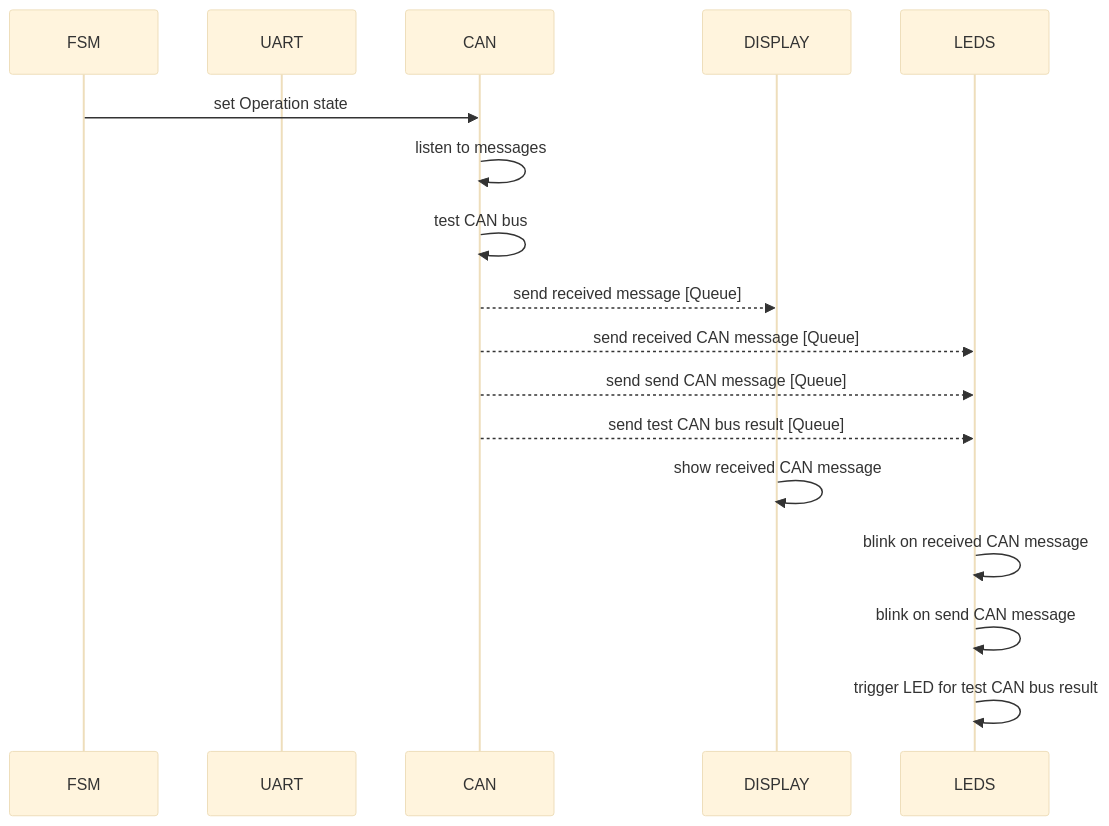
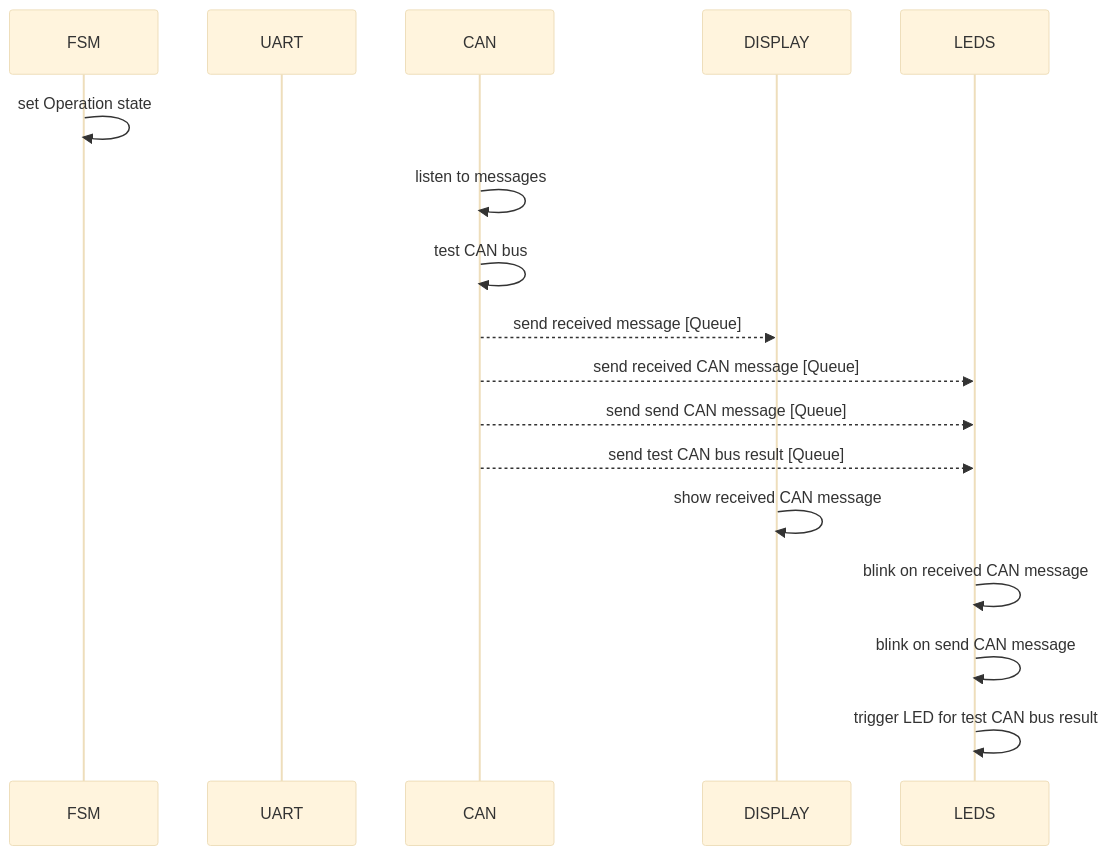
Before and after one commit to michaelgr22/can-to-go-system: the fourth of 4 diagrams in Software/esp32/can-to-go-system/README.md, drawn with Mermaid (base theme). The commit also changed other lines of this file, not shown here.

````diff
--- a/Software/esp32/can-to-go-system/README.md
+++ b/Software/esp32/can-to-go-system/README.md
@@ -48,20 +49,20 @@
 ```mermaid
 sequenceDiagram
     participant FSM
     participant UART
     participant CAN
     participant DISPLAY
     participant LEDS
 
-    FSM->>CAN: set Operation state
+    FSM->>FSM: set Operation state
     CAN->>CAN: listen to messages
     CAN->>CAN: test CAN bus
     CAN-->>DISPLAY: send received message [Queue]
     CAN-->>LEDS: send received CAN message [Queue]
     CAN-->>LEDS: send send CAN message [Queue]
     CAN-->>LEDS: send test CAN bus result [Queue]
     DISPLAY->>DISPLAY: show received CAN message
     LEDS->>LEDS: blink on received CAN message
     LEDS->>LEDS: blink on send CAN message
     LEDS->>LEDS: trigger LED for test CAN bus result
 ```
````
